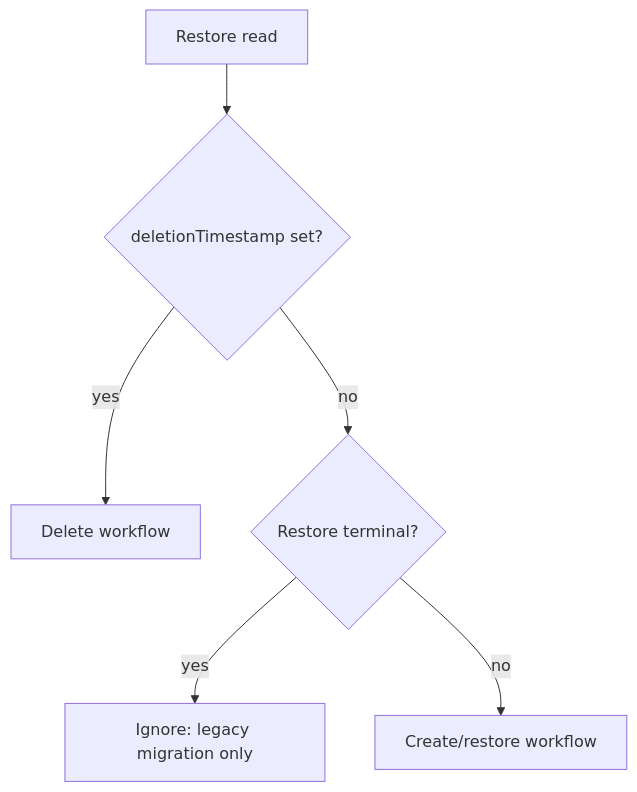
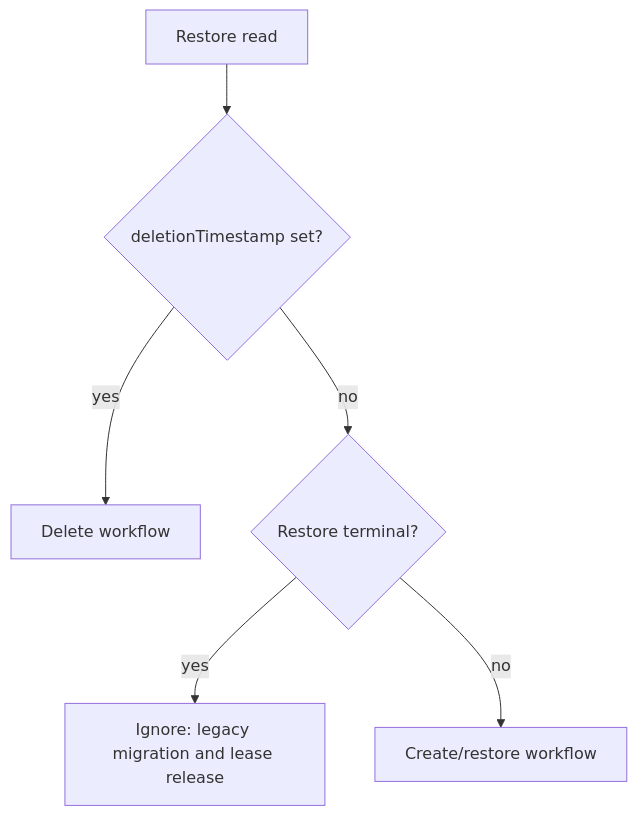
Before and after one commit to cloudogu/k8s-backup-operator: the first of 3 diagrams in docs/development/restore/restore_process_en.md, drawn with Mermaid. The commit also changed 1 other file, not shown here.

Commit message:
[129] Ignore: legacy migration and lease release

````diff
--- a/docs/development/restore/restore_process_en.md
+++ b/docs/development/restore/restore_process_en.md
@@ -11,8 +11,8 @@
 ```mermaid
 flowchart TD
     A[Restore read] --> B{deletionTimestamp set?}
     B -- yes --> D[Delete workflow]
     B -- no --> C{Restore terminal?}
-    C -- yes --> I[Ignore: legacy migration only]
+    C -- yes --> I[Ignore: legacy migration and lease release]
     C -- no --> R[Create/restore workflow]
 ```
````
